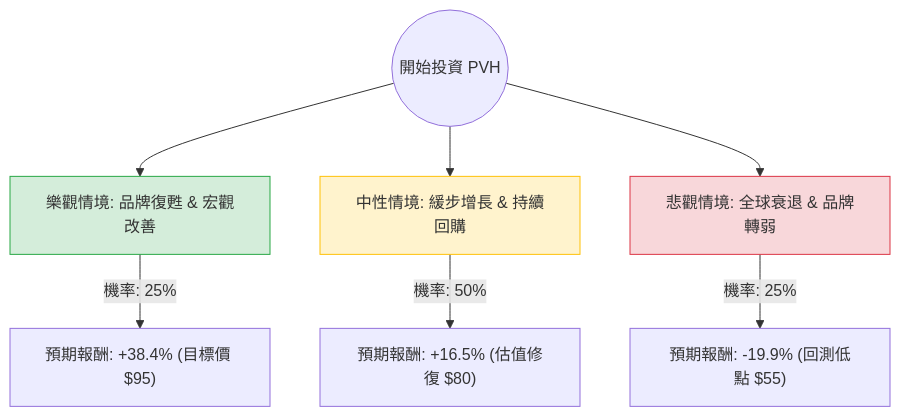
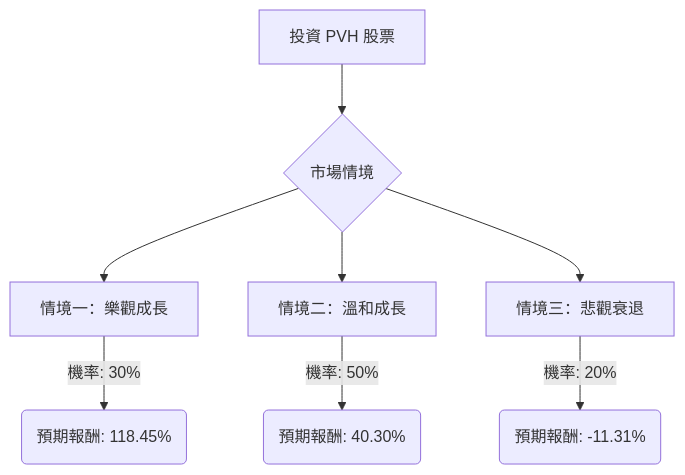
Before and after one commit to zmcx16/zmcx16.github.io: the diagram in plugin-react/ai-analysis/ev-analysis/PVH.md, drawn with Mermaid. The commit also changed other lines of this file and 45 other files, not shown here.

````diff
--- a/plugin-react/ai-analysis/ev-analysis/PVH.md
+++ b/plugin-react/ai-analysis/ev-analysis/PVH.md
@@ -21,14 +35,13 @@
 ```mermaid
 graph TD
-    Start((開始投資 PVH)) --> Bull[樂觀情境: 品牌復甦 & 宏觀改善]
-    Start --> Base[中性情境: 緩步增長 & 持續回購]
-    Start --> Bear[悲觀情境: 全球衰退 & 品牌轉弱]
+    A[投資 PVH 股票] --> B{市場情境}
 
-    Bull -- "機率: 25%" --> BullVal["預期報酬: +38.4% (目標價 $95)"]
-    Base -- "機率: 50%" --> BaseVal["預期報酬: +16.5% (估值修復 $80)"]
-    Bear -- "機率: 25%" --> BearVal["預期報酬: -19.9% (回測低點 $55)"]
+    B --> C1[情境一：樂觀成長]
+    C1 -- 機率: 30% --> D1(預期報酬: 118.45%)
 
-    style Bull fill:#d4edda,stroke:#28a745
-    style Base fill:#fff3cd,stroke:#ffc107
-    style Bear fill:#f8d7da,stroke:#dc3545
+    B --> C2[情境二：溫和成長]
+    C2 -- 機率: 50% --> D2(預期報酬: 40.30%)
+
+    B --> C3[情境三：悲觀衰退]
+    C3 -- 機率: 20% --> D3(預期報酬: -11.31%)
 ```
````
